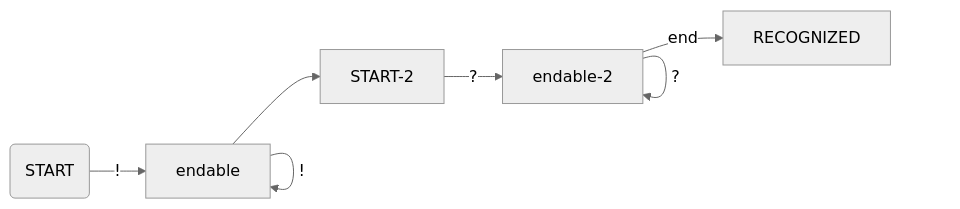
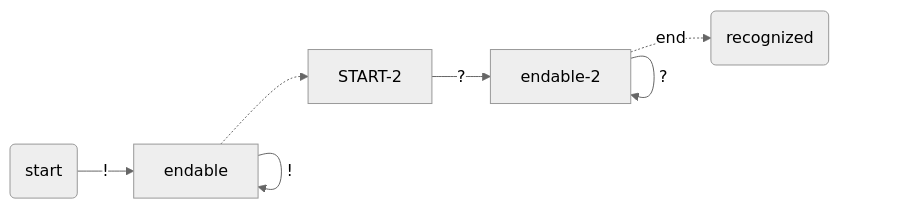
The fourth of 12 diagrams in _posts/2019-09-21-recognizing-myself.md (raganwald/raganwald.github.com), drawn with Mermaid (neutral theme) before and after one commit. The commit also changed other lines of this file, not shown here.

```diff
--- a/_posts/2019-09-21-recognizing-myself.md
+++ b/_posts/2019-09-21-recognizing-myself.md
@@ -473,9 +473,9 @@
 <div class="mermaid">
   graph LR
-    START(START)-->|!|endable
+    start(start)-->|!|endable
     endable-->|!|endable
-    endable-->START-2
+    endable-.->START-2
     START-2-->|?|endable-2
     endable-2-->|?|endable-2
-    endable-2-->|end|RECOGNIZED
+    endable-2-.->|end|recognized(recognized)
 </div>
```
